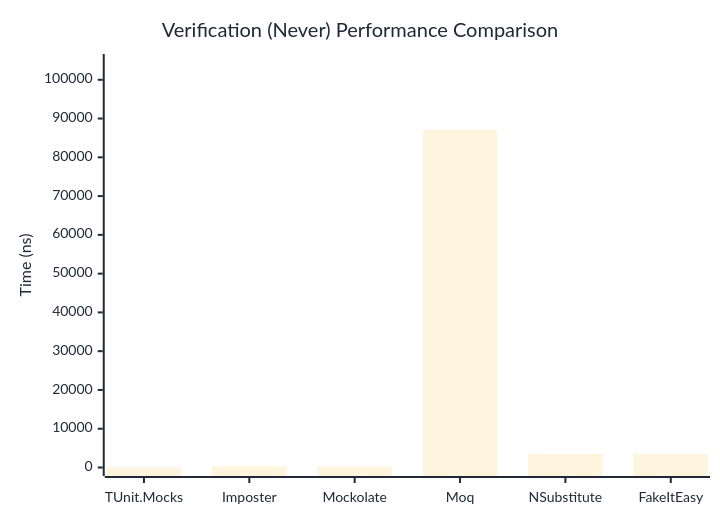
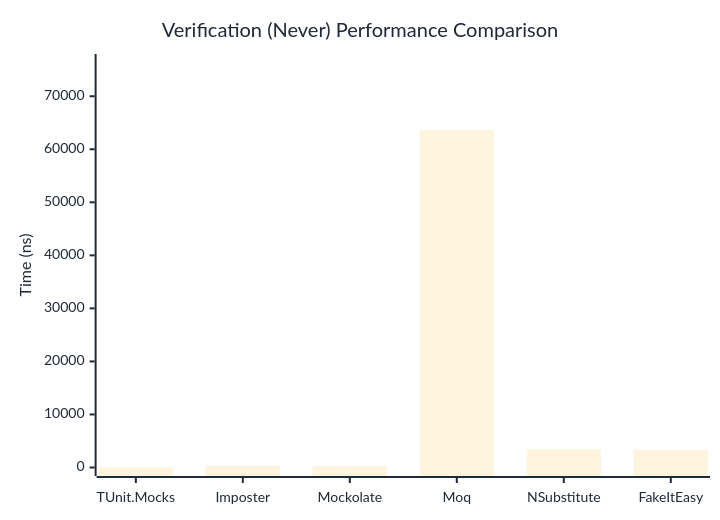
The second of 3 diagrams in docs/docs/benchmarks/mocks/Verification.md (thomhurst/TUnit), drawn with Mermaid before and after one commit. The commit also changed other lines of this file and 14 other files, not shown here.

````diff
--- a/docs/docs/benchmarks/mocks/Verification.md
+++ b/docs/docs/benchmarks/mocks/Verification.md
@@ -69,27 +69,27 @@
 ```mermaid
 %%{init: {
   'theme':'base',
   'themeVariables': {
     'primaryColor': '#2563eb',
     'primaryTextColor': '#1f2937',
     'primaryBorderColor': '#1e40af',
     'lineColor': '#6b7280',
     'secondaryColor': '#7c3aed',
     'tertiaryColor': '#dc2626',
     'background': '#ffffff',
     'pie1': '#2563eb',
     'pie2': '#7c3aed',
     'pie3': '#dc2626',
     'pie4': '#f59e0b',
     'pie5': '#10b981',
     'pie6': '#06b6d4',
     'pie7': '#ec4899',
     'pie8': '#6366f1'
   }
 }}%%
 xychart-beta
   title "Verification (Never) Performance Comparison"
   x-axis ["TUnit.Mocks", "Imposter", "Mockolate", "Moq", "NSubstitute", "FakeItEasy"]
-  y-axis "Time (ns)" 0 --> 104456
-  bar [47.81, 318.14, 235.19, 87046.63, 3500.66, 3473.93]
+  y-axis "Time (ns)" 0 --> 76360
+  bar [52.48, 343.49, 252.98, 63632.74, 3474.7, 3334.04]
 ```
````
